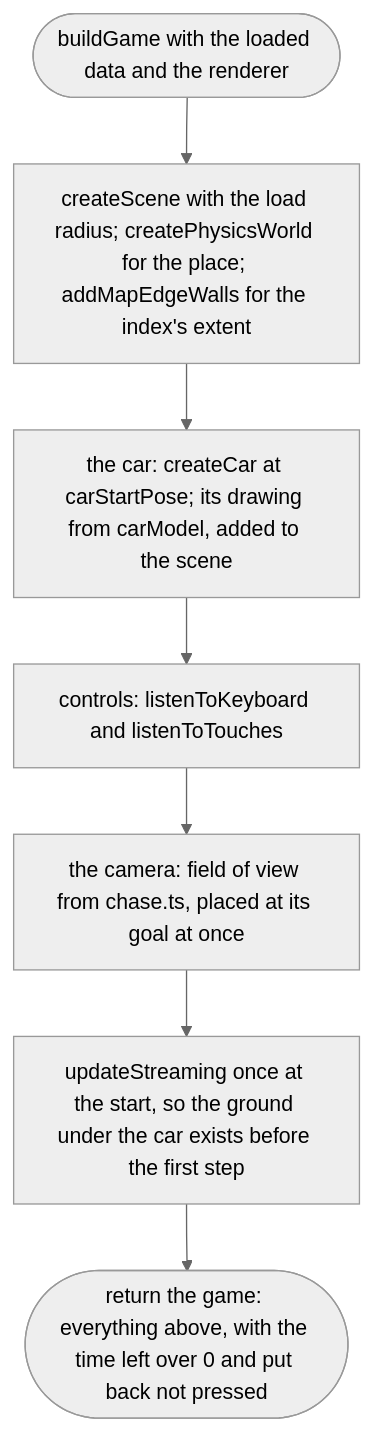
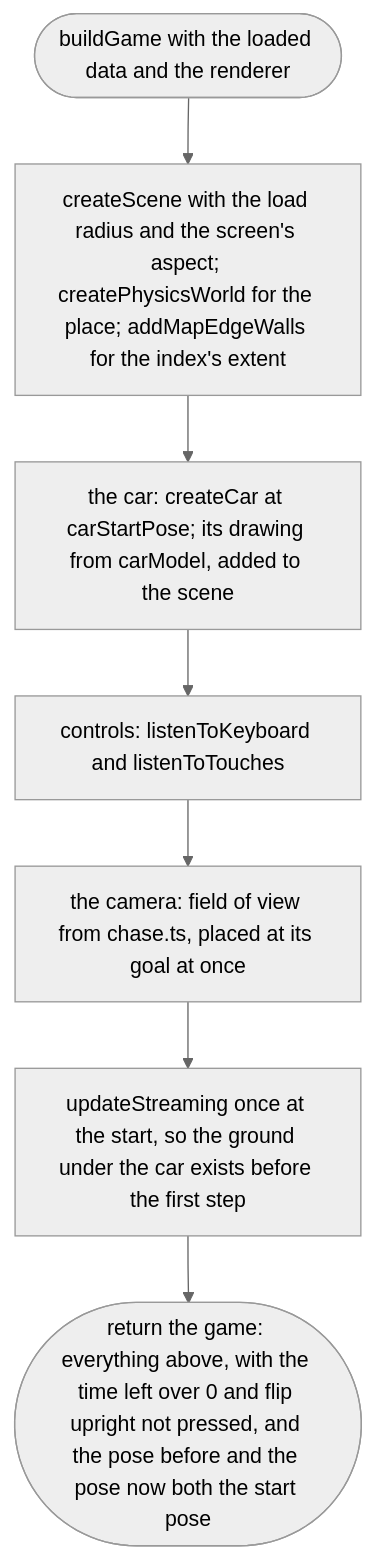
The third of 4 diagrams in docs/designs/src/game/main.md (NewDara-Star/world-engine), drawn with Mermaid (neutral theme) before and after one commit. The commit also changed other lines of this file and 41 other files, not shown here.

````diff
--- a/docs/designs/src/game/main.md
+++ b/docs/designs/src/game/main.md
@@ -54,11 +54,11 @@
 ```mermaid
 flowchart TD
   s(["buildGame with the loaded data and the renderer"])
-  a["createScene with the load radius; createPhysicsWorld for the place; addMapEdgeWalls for the index's extent"]
+  a["createScene with the load radius and the screen's aspect; createPhysicsWorld for the place; addMapEdgeWalls for the index's extent"]
   b["the car: createCar at carStartPose; its drawing from carModel, added to the scene"]
   c["controls: listenToKeyboard and listenToTouches"]
   d["the camera: field of view from chase.ts, placed at its goal at once"]
   e["updateStreaming once at the start, so the ground under the car exists before the first step"]
-  f(["return the game: everything above, with the time left over 0 and put back not pressed"])
+  f(["return the game: everything above, with the time left over 0 and flip upright not pressed, and the pose before and the pose now both the start pose"])
   s --> a --> b --> c --> d --> e --> f
 ```
````
